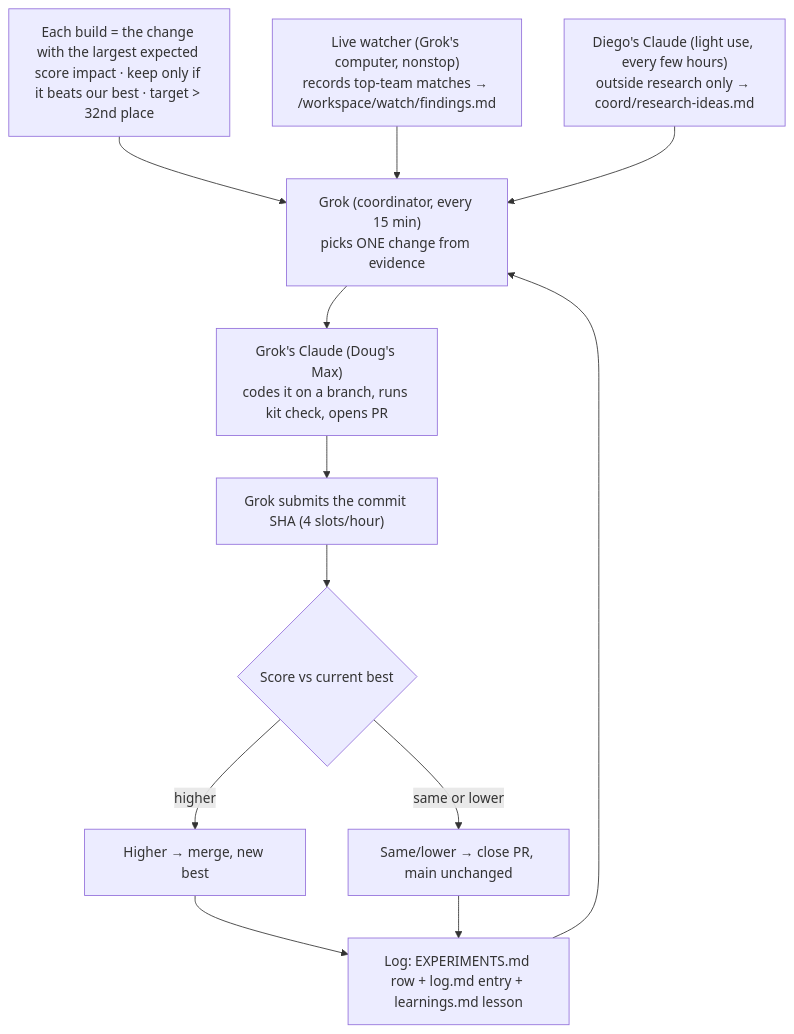
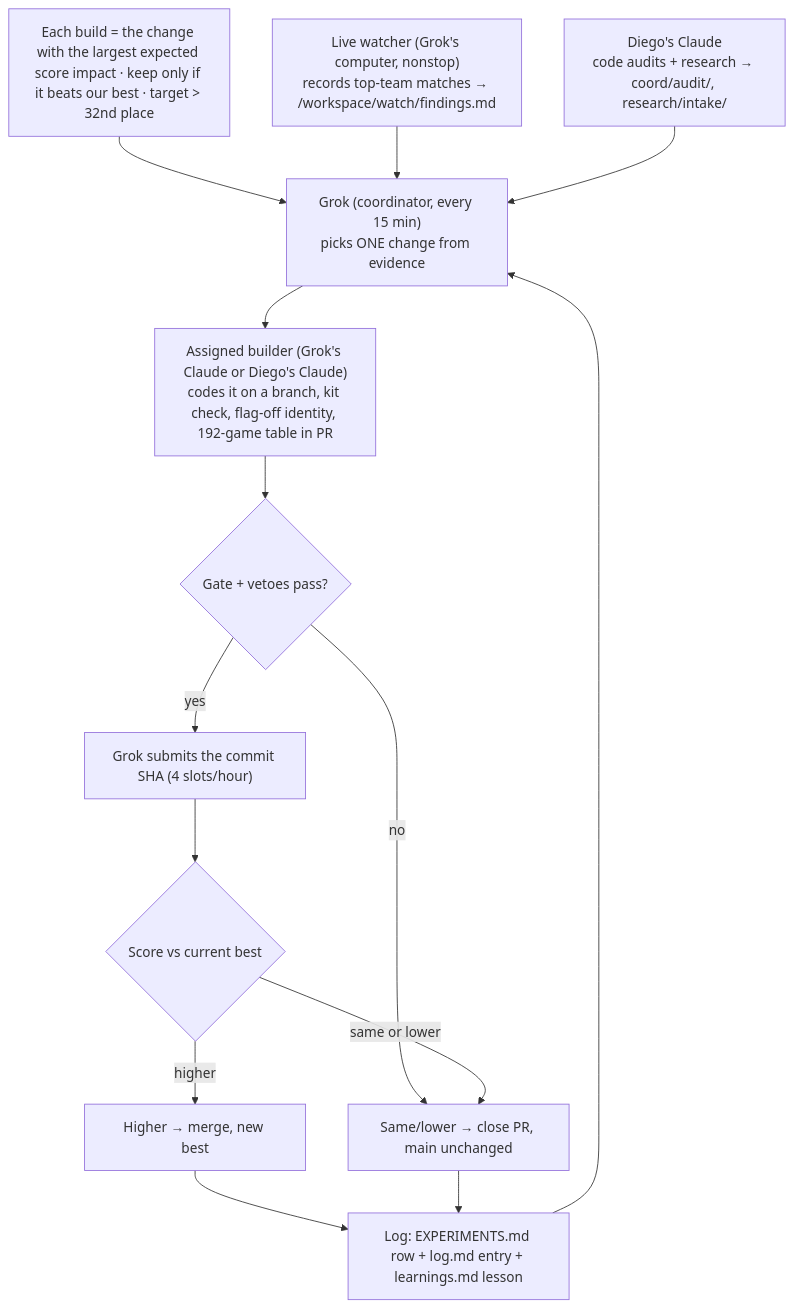
One commit to dmclaughlin-bit/mech-bot changed the diagram in coord/WORKFLOW.md. Above: the diagram before and after it, drawn with Mermaid. The commit also changed other lines of this file and 2 other files, not shown here.

Commit message:
coord: slot rules from Diego's audit, PR template, log

````diff
--- a/coord/WORKFLOW.md
+++ b/coord/WORKFLOW.md
@@ -15,20 +15,22 @@
 ```mermaid
 flowchart TD
     GOAL["Each build = the change with the largest expected score impact · keep only if it beats our best · target > 32nd place"]
     W["Live watcher (Grok's computer, nonstop)<br/>records top-team matches → /workspace/watch/findings.md"]
-    D["Diego's Claude (light use, every few hours)<br/>outside research only → coord/research-ideas.md"]
+    D["Diego's Claude<br/>code audits + research → coord/audit/, research/intake/"]
     G["Grok (coordinator, every 15 min)<br/>picks ONE change from evidence"]
-    C["Grok's Claude (Doug's Max)<br/>codes it on a branch, runs kit check, opens PR"]
+    C["Assigned builder (Grok's Claude or Diego's Claude)<br/>codes it on a branch, kit check, flag-off identity, 192-game table in PR"]
     S["Grok submits the commit SHA (4 slots/hour)"]
     R{"Score vs current best"}
     K["Higher → merge, new best"]
     X["Same/lower → close PR, main unchanged"]
     L["Log: EXPERIMENTS.md row + log.md entry + learnings.md lesson"]
     GOAL --> G
     W --> G
     D --> G
-    G --> C --> S --> R
+    G --> C --> V{"Gate + vetoes pass?"}
+    V -- no --> X
+    V -- yes --> S --> R
     R -- higher --> K --> L
     R -- same or lower --> X --> L
     L --> G
 ```
````
